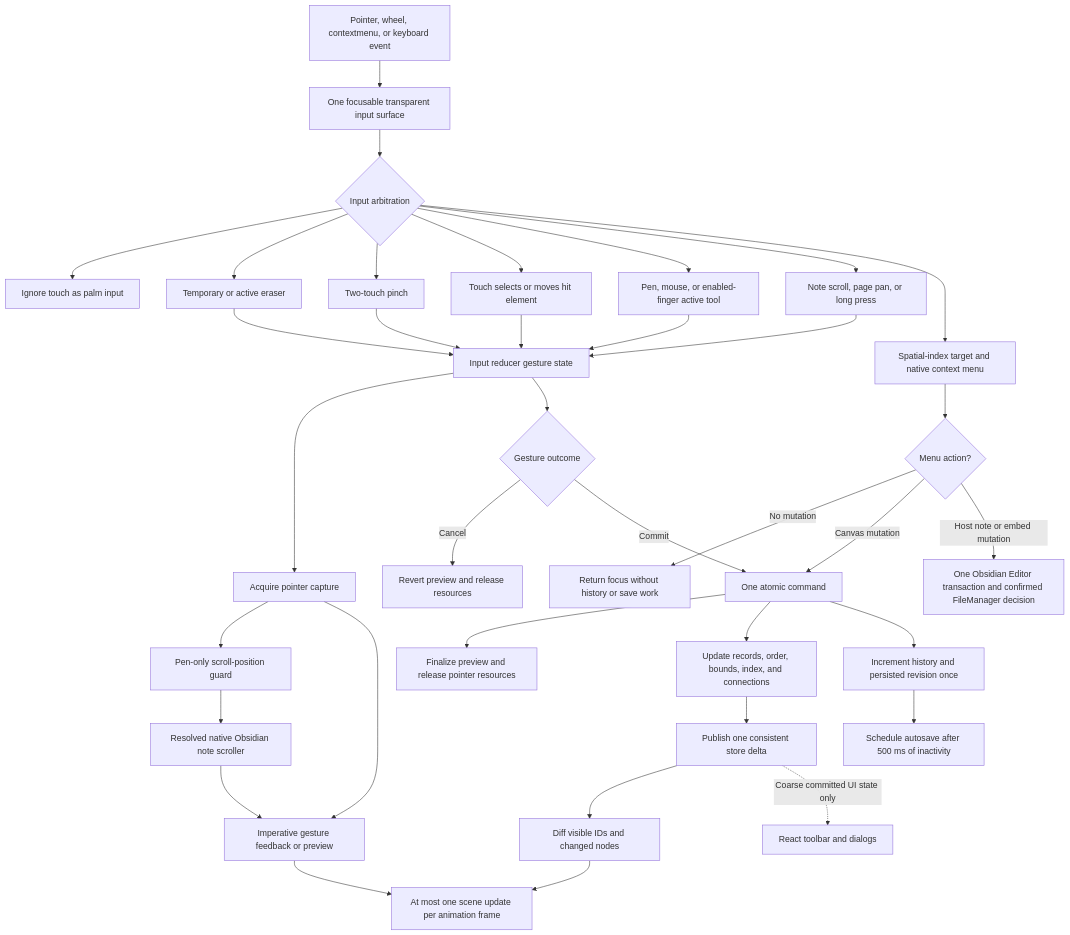
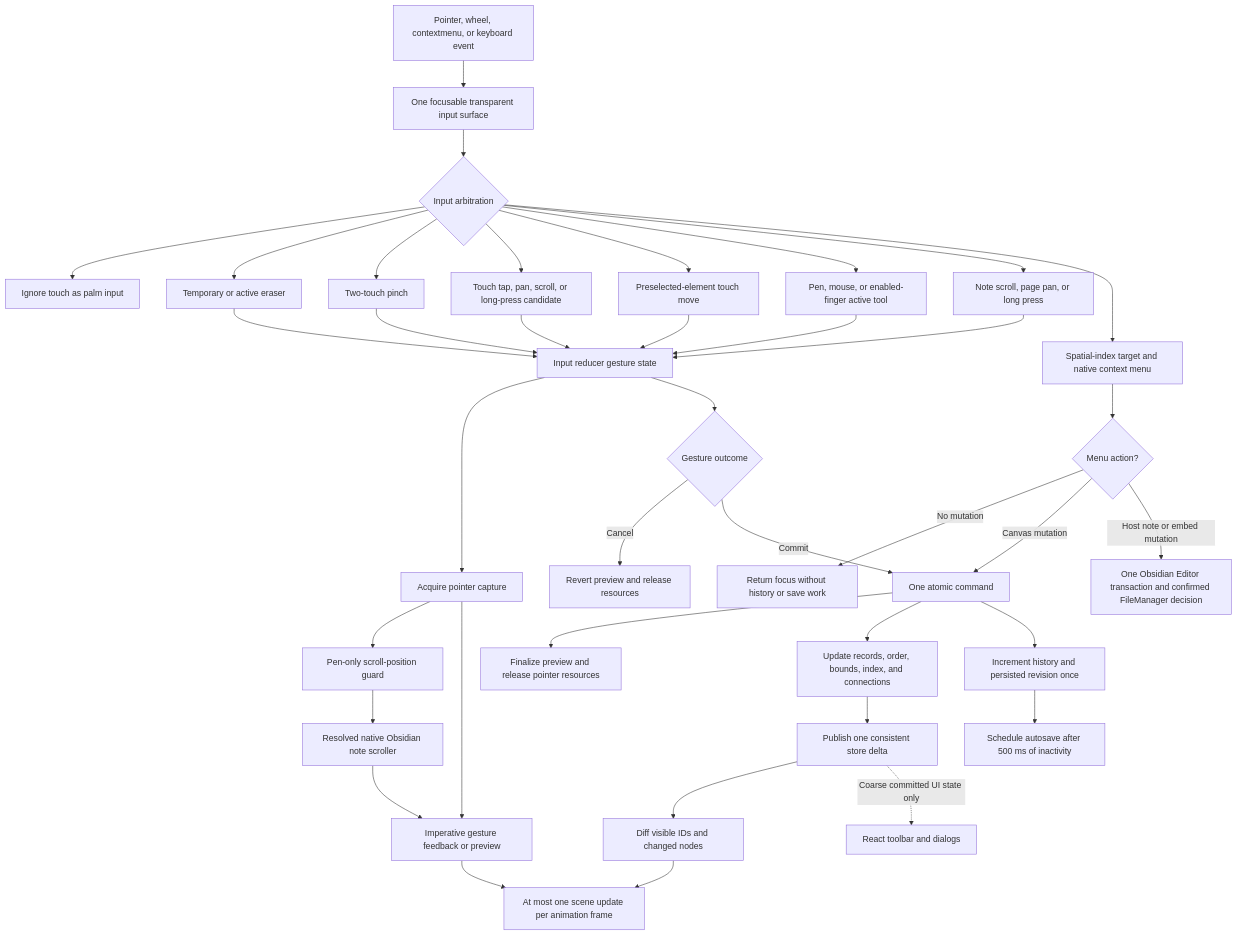
Before and after one commit to boommasterxd/inkbook: the fourth of 8 diagrams in docs/architecture-flows.md, drawn with Mermaid. The commit also changed other lines of this file and 28 other files, not shown here.

````diff
--- a/docs/architecture-flows.md
+++ b/docs/architecture-flows.md
@@ -135,41 +135,43 @@
 ```mermaid
 flowchart TD
   pointer["Pointer, wheel, contextmenu, or keyboard event"] --> inputSurface["One focusable transparent input surface"]
   inputSurface --> arbitration{"Input arbitration"}
   arbitration --> palm["Ignore touch as palm input"]
   arbitration --> eraser["Temporary or active eraser"]
   arbitration --> pinch["Two-touch pinch"]
-  arbitration --> elementMove["Touch selects or moves hit element"]
+  arbitration --> touchPending["Touch tap, pan, scroll, or long-press candidate"]
+  arbitration --> elementMove["Preselected-element touch move"]
   arbitration --> activeTool["Pen, mouse, or enabled-finger active tool"]
   arbitration --> navigation["Note scroll, page pan, or long press"]
   arbitration --> menu["Spatial-index target and native context menu"]
 
   eraser --> gesture["Input reducer gesture state"]
   pinch --> gesture
+  touchPending --> gesture
   elementMove --> gesture
   activeTool --> gesture
   navigation --> gesture
   menu --> menuAction{"Menu action?"}
   menuAction -->|No mutation| releaseMenu["Return focus without history or save work"]
   menuAction -->|Canvas mutation| command
   menuAction -->|Host note or embed mutation| editorTransaction["One Obsidian Editor transaction and confirmed FileManager decision"]
 
   gesture --> capture["Acquire pointer capture"]
   capture --> scrollGuard["Pen-only scroll-position guard"]
   scrollGuard --> hostScroller["Resolved native Obsidian note scroller"]
   hostScroller --> preview["Imperative gesture feedback or preview"]
   capture --> preview
   preview --> frame["At most one scene update per animation frame"]
   gesture --> finish{"Gesture outcome"}
   finish -->|Cancel| revert["Revert preview and release resources"]
   finish -->|Commit| command["One atomic command"]
 
   command --> release["Finalize preview and release pointer resources"]
   command --> transaction["Update records, order, bounds, index, and connections"]
   transaction --> delta["Publish one consistent store delta"]
   delta --> sceneDiff["Diff visible IDs and changed nodes"]
   sceneDiff --> frame
   delta -. "Coarse committed UI state only" .-> react["React toolbar and dialogs"]
   command --> revision["Increment history and persisted revision once"]
   revision --> autosave["Schedule autosave after 500 ms of inactivity"]
 ```
````
